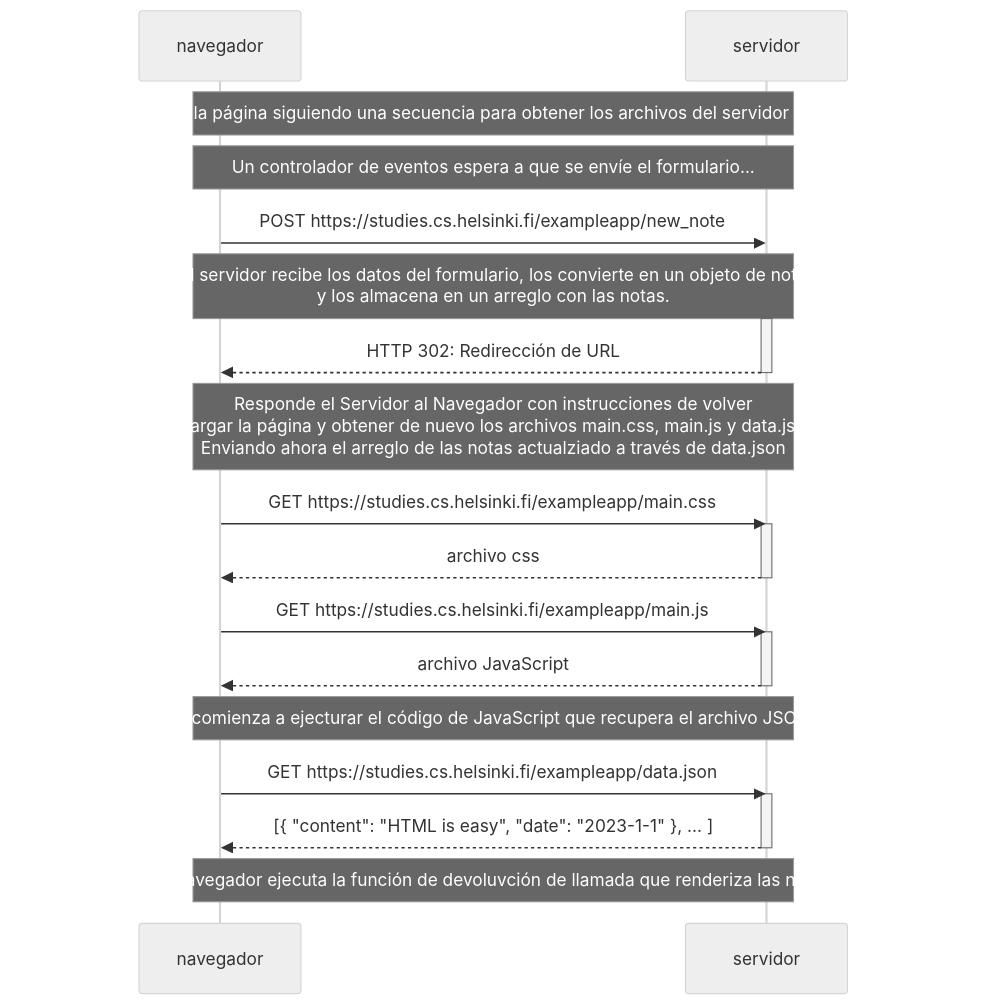
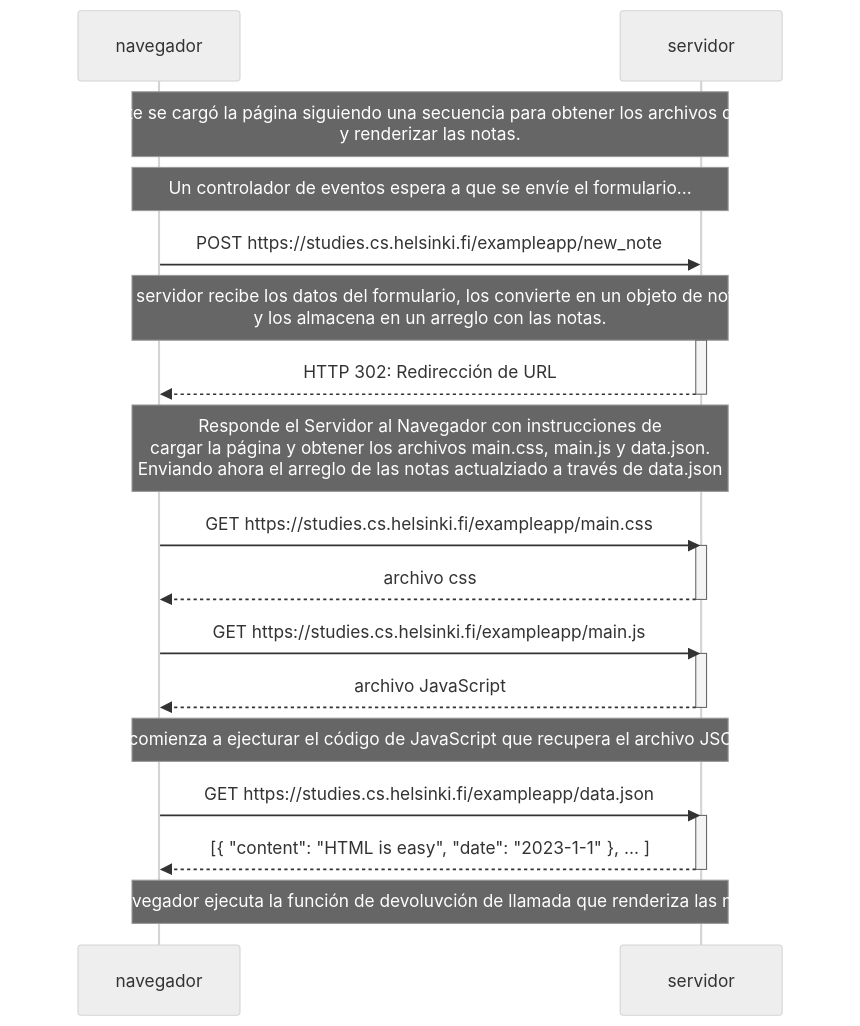
One commit to CuteLoop/fullstack-open changed the diagram in parte-0/ejercicio-0.4.mmd. Above: the diagram before and after it, drawn with Mermaid (neutral theme).

```diff
--- a/parte-0/ejercicio-0.4.mmd
+++ b/parte-0/ejercicio-0.4.mmd
@@ -1,34 +1,34 @@
 sequenceDiagram
     participant navegador
     participant servidor
 
-    Note over navegador,servidor: Previamente se cargó la página siguiendo una secuencia para obtener los archivos del servidor y renderizar las notas.
+    Note over navegador,servidor: Previamente se cargó la página siguiendo una secuencia para obtener los archivos del servidor<br/> y renderizar las notas.
     Note over navegador,servidor: Un controlador de eventos espera a que se envíe el formulario...
 
     navegador->>servidor: POST https://studies.cs.helsinki.fi/exampleapp/new_note
     Note over navegador,servidor: El servidor recibe los datos del formulario, los convierte en un objeto de nota<br/> y los almacena en un arreglo con las notas.
     
     activate servidor
     servidor-->>navegador: HTTP 302: Redirección de URL
     deactivate servidor
 
-   Note over navegador,servidor: Responde el Servidor al Navegador con instrucciones de volver<br/>a cargar la página y obtener de nuevo los archivos main.css, main.js y data.json. <br/>Enviando ahora el arreglo de las notas actualziado a través de data.json
+   Note over navegador,servidor: Responde el Servidor al Navegador con instrucciones de <br/> cargar la página y obtener los archivos main.css, main.js y data.json. <br/>Enviando ahora el arreglo de las notas actualziado a través de data.json
 
     navegador->>servidor: GET https://studies.cs.helsinki.fi/exampleapp/main.css
     activate servidor
     servidor-->>navegador: archivo css
     deactivate servidor
 
     navegador->>servidor: GET https://studies.cs.helsinki.fi/exampleapp/main.js
     activate servidor
     servidor-->>navegador: archivo JavaScript
     deactivate servidor
 
     Note over navegador,servidor: EL navegador comienza a ejecturar el código de JavaScript que recupera el archivo JSON del servidor
 
     navegador->>servidor: GET https://studies.cs.helsinki.fi/exampleapp/data.json
     activate servidor
     servidor-->>navegador: [{ "content": "HTML is easy", "date": "2023-1-1" }, ... ]
     deactivate servidor
 
    Note over navegador,servidor: El navegador ejecuta la función de devoluvción de llamada que renderiza las notas
```
